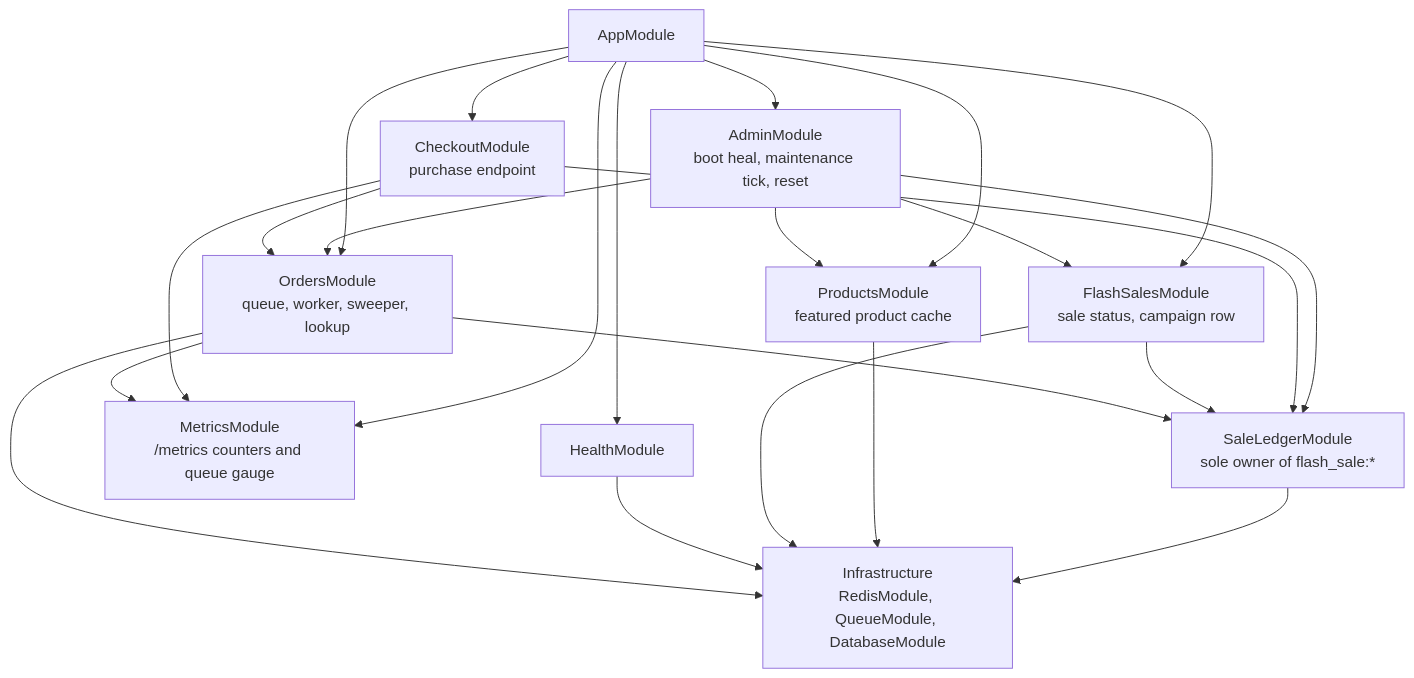
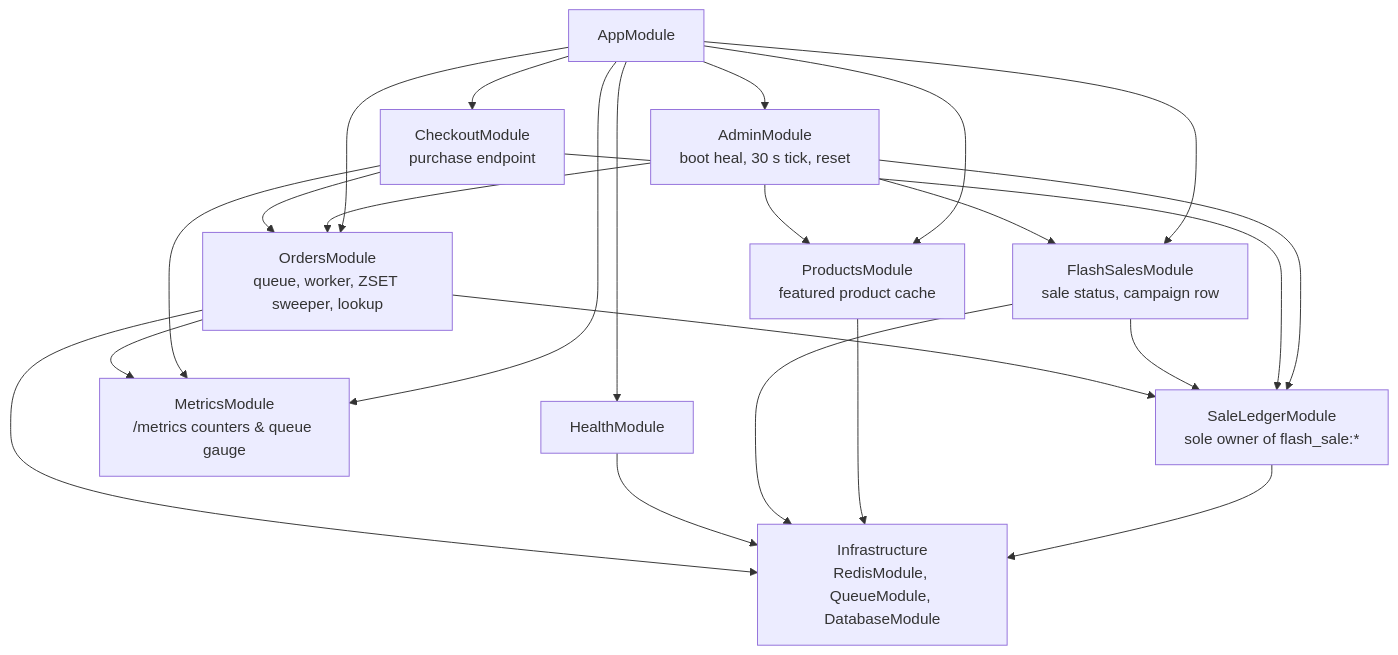
One commit to minhhieple97/flash-sale-system changed the sixth of 6 diagrams in docs/architecture.md. Above: the diagram before and after it, drawn with Mermaid. The commit also changed other lines of this file and 155 other files, not shown here.

Commit message:
refactor: simplify modules, replace HSCAN sweeper with Redis ZSET, and consolidate docs

````diff
--- a/docs/architecture.md
+++ b/docs/architecture.md
@@ -130,21 +212,21 @@
 ```mermaid
 flowchart TD
     app[AppModule]
-    admin["AdminModule<br/>boot heal, maintenance tick, reset"]
+    admin["AdminModule<br/>boot heal, 30 s tick, reset"]
     checkout["CheckoutModule<br/>purchase endpoint"]
     flash["FlashSalesModule<br/>sale status, campaign row"]
-    orders["OrdersModule<br/>queue, worker, sweeper, lookup"]
+    orders["OrdersModule<br/>queue, worker, ZSET sweeper, lookup"]
     products["ProductsModule<br/>featured product cache"]
     health[HealthModule]
-    metrics["MetricsModule<br/>/metrics counters and queue gauge"]
+    metrics["MetricsModule<br/>/metrics counters & queue gauge"]
     ledger["SaleLedgerModule<br/>sole owner of flash_sale:*"]
     infra["Infrastructure<br/>RedisModule, QueueModule, DatabaseModule"]
 
     app --> admin & checkout & flash & orders & products & health & metrics
     admin --> products & flash & orders & ledger
     checkout --> orders & ledger & metrics
     flash --> ledger
     orders --> ledger & metrics
     ledger --> infra
     products & flash & health & orders --> infra
 ```
````
